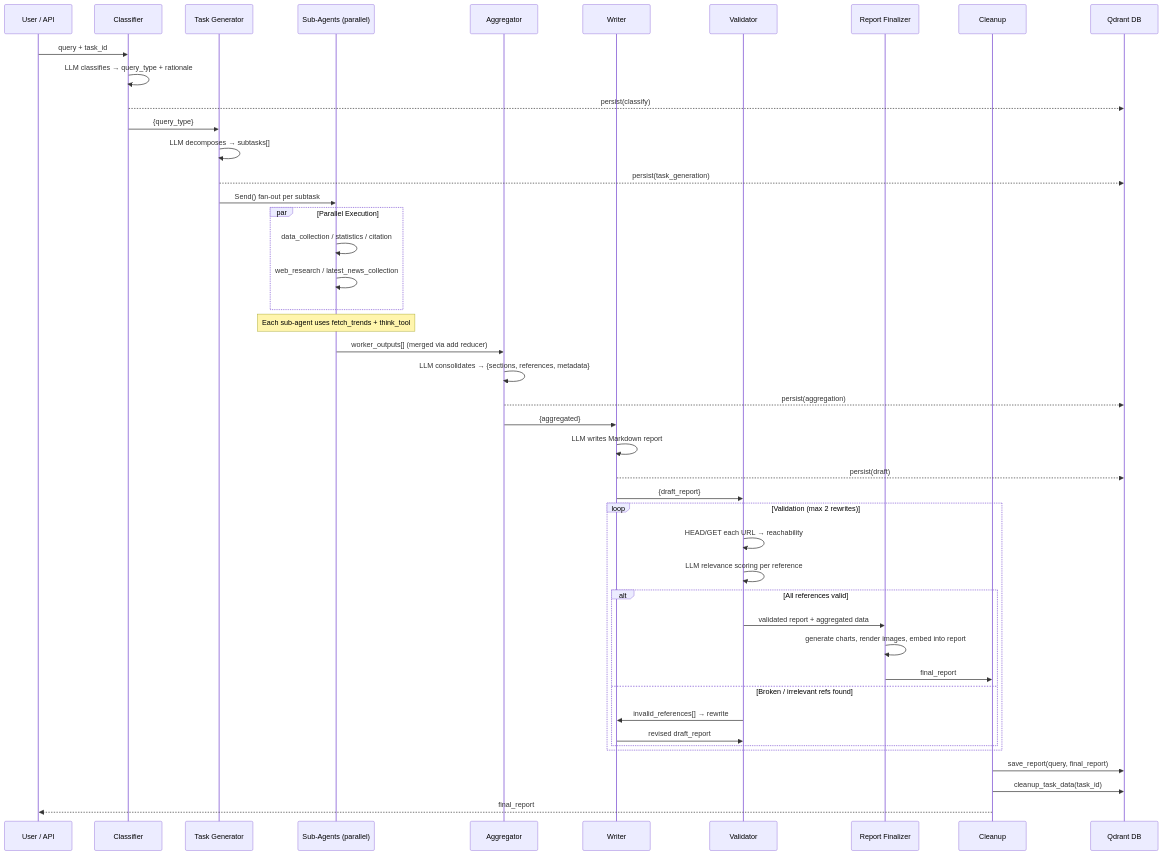
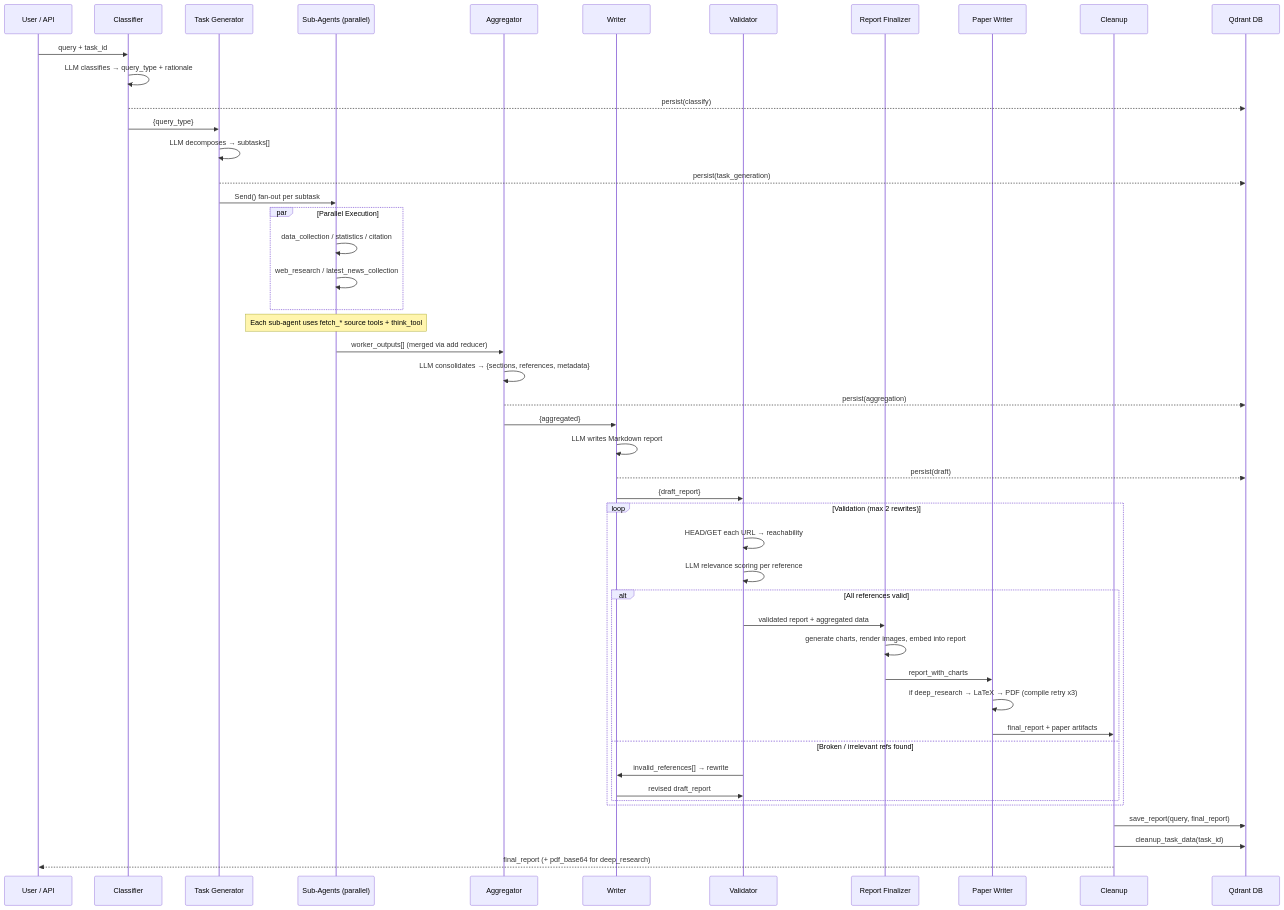
Before and after one commit to nishant5790/aion-ai-research: the third of 8 diagrams in backend/docs/LANGGRAPH_WORKFLOW.md, drawn with Mermaid. The commit also changed other lines of this file and 3 other files, not shown here.

````diff
--- a/backend/docs/LANGGRAPH_WORKFLOW.md
+++ b/backend/docs/LANGGRAPH_WORKFLOW.md
@@ -90,55 +91,58 @@
 ```mermaid
 sequenceDiagram
     participant U as User / API
     participant CL as Classifier
     participant TG as Task Generator
     participant SA as Sub-Agents (parallel)
     participant AG as Aggregator
     participant WR as Writer
     participant VA as Validator
     participant RF as Report Finalizer
+    participant PW as Paper Writer
     participant CU as Cleanup
     participant DB as Qdrant DB
 
     U->>CL: query + task_id
     CL->>CL: LLM classifies → query_type + rationale
     CL-->>DB: persist(classify)
     CL->>TG: {query_type}
 
     TG->>TG: LLM decomposes → subtasks[]
     TG-->>DB: persist(task_generation)
     TG->>SA: Send() fan-out per subtask
 
     par Parallel Execution
         SA->>SA: data_collection / statistics / citation
         SA->>SA: web_research / latest_news_collection
     end
-    Note over SA: Each sub-agent uses fetch_trends + think_tool
+    Note over SA: Each sub-agent uses fetch_* source tools + think_tool
 
     SA->>AG: worker_outputs[] (merged via add reducer)
 
     AG->>AG: LLM consolidates → {sections, references, metadata}
     AG-->>DB: persist(aggregation)
     AG->>WR: {aggregated}
 
     WR->>WR: LLM writes Markdown report
     WR-->>DB: persist(draft)
     WR->>VA: {draft_report}
 
     loop Validation (max 2 rewrites)
         VA->>VA: HEAD/GET each URL → reachability
         VA->>VA: LLM relevance scoring per reference
         alt All references valid
             VA->>RF: validated report + aggregated data
             RF->>RF: generate charts, render images, embed into report
-            RF->>CU: final_report
+            RF->>PW: report_with_charts
+            PW->>PW: if deep_research → LaTeX → PDF (compile retry x3)
+            PW->>CU: final_report + paper artifacts
         else Broken / irrelevant refs found
             VA->>WR: invalid_references[] → rewrite
             WR->>VA: revised draft_report
         end
     end
 
     CU->>DB: save_report(query, final_report)
     CU->>DB: cleanup_task_data(task_id)
-    CU-->>U: final_report
+    CU-->>U: final_report (+ pdf_base64 for deep_research)
 ```
````
